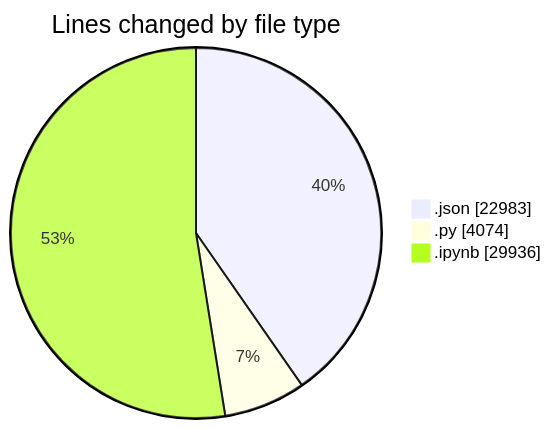
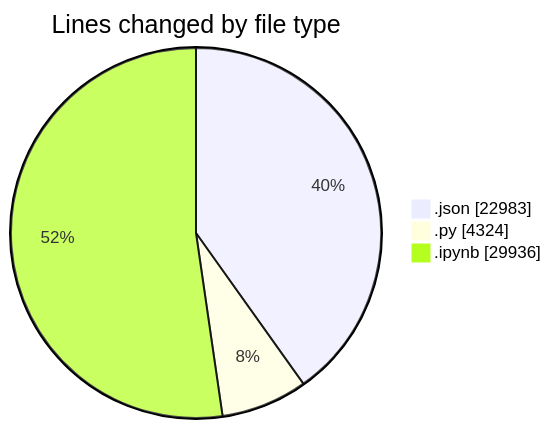
The first of 2 diagrams in 2025-10-04/untitled__workspace_/README.md (MatusMokan/code-tracking), drawn with Mermaid before and after one commit. The commit also changed other lines of this file and 1 other file, not shown here.

````diff
--- a/2025-10-04/untitled__workspace_/README.md
+++ b/2025-10-04/untitled__workspace_/README.md
@@ -35,7 +35,7 @@
 ```mermaid
 pie showData
 title Lines changed by file type
 ".json" : 22983
-".py" : 4074
+".py" : 4324
 ".ipynb" : 29936
 ```
````
